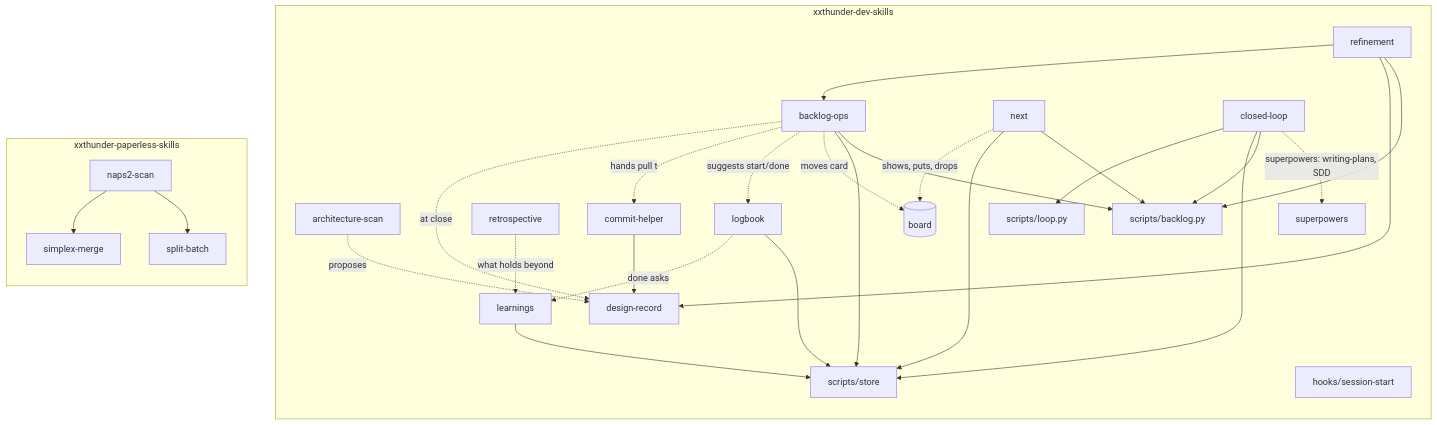
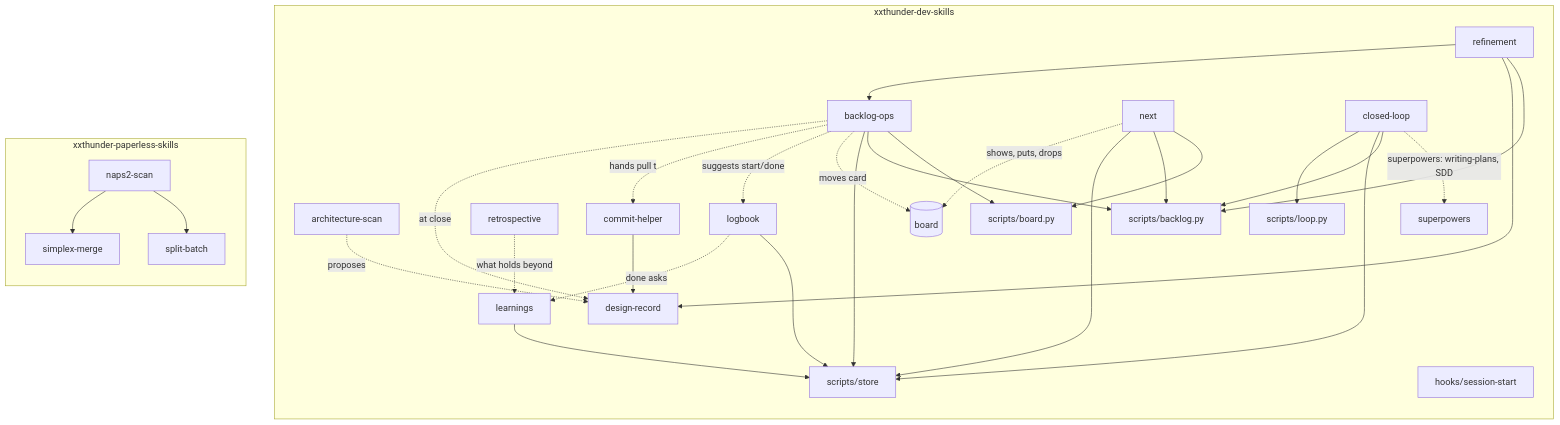
One commit to xxthunder/xxthunder-agentic-skills changed the third of 9 diagrams in docs/architecture.md. Above: the diagram before and after it, drawn with Mermaid. The commit also changed other lines of this file and 6 other files, not shown here.

First line of the commit message:
feat(next,backlog-ops): every board move goes through board.py (XAS-060)

````diff
--- a/docs/architecture.md
+++ b/docs/architecture.md
@@ -70,35 +70,37 @@
 ```mermaid
 flowchart TB
     subgraph dev["xxthunder-dev-skills"]
         direction TB
         refinement --> backlog["backlog-ops"]
         refinement --> record["design-record"]
         scan["architecture-scan"] -.proposes.-> record
         commit["commit-helper"] --> record
         backlog -.at close.-> record
         backlog -.hands pull to.-> commit
         retro["retrospective"]
         retro -.what holds beyond.-> learn["learnings"]
         backlog -.suggests start/done.-> logb["logbook"]
         logb -.done asks.-> learn
         backlog -.moves card.-> board[("board")]
         nxt["next"] -.shows, puts, drops.-> board
         nxt --> storesh
         backlog --> storesh
         nxt --> backpy
         learn --> storesh["scripts/store"]
         logb --> storesh
         refinement --> backpy["scripts/backlog.py"]
         backlog --> backpy
+        nxt --> boardpy["scripts/board.py"]
+        backlog --> boardpy
         loop["closed-loop"] --> loopy["scripts/loop.py"]
         loop --> storesh
         loop --> backpy
         loop -.superpowers: writing-plans, SDD.-> sdd["superpowers"]
         hook["hooks/session-start"]
     end
     subgraph paper["xxthunder-paperless-skills"]
         direction TB
         scanp["naps2-scan"] --> merge["simplex-merge"]
         scanp --> split["split-batch"]
     end
 ```
````
